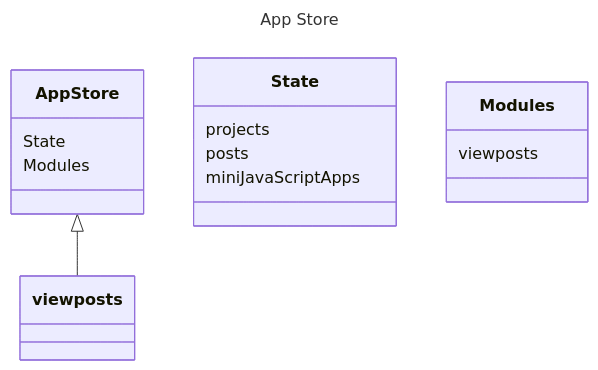
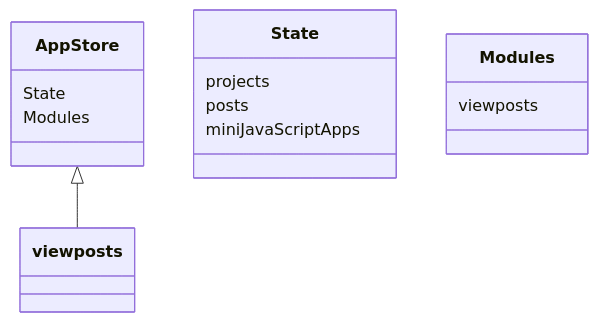
Before and after one commit to f2xiao/site: the first of 2 diagrams in README.md, drawn with Mermaid.

````diff
--- a/README.md
+++ b/README.md
@@ -7,15 +7,12 @@
 ```mermaid
----
-title: App Store
----
 classDiagram
   App Store <|-- viewposts
   App Store : State
   App Store : Modules
   class State
   State : projects
   State : posts
   State : miniJavaScriptApps
   class Modules
   Modules : viewposts
 ```
````
